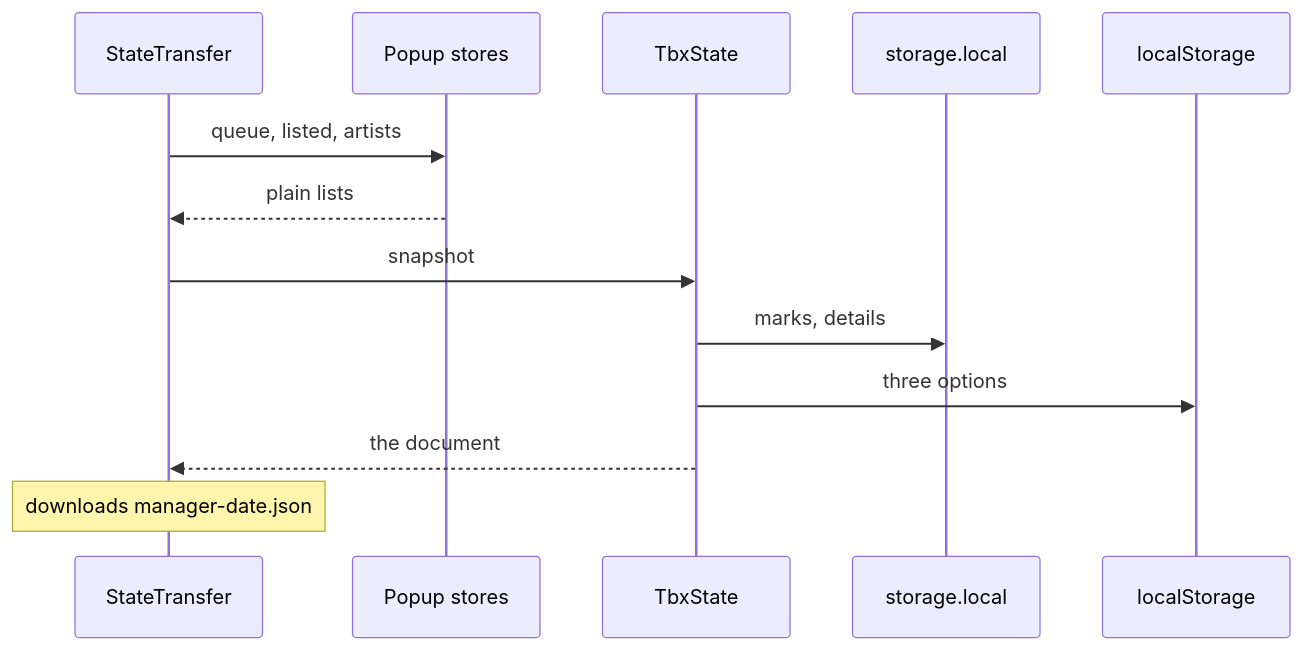
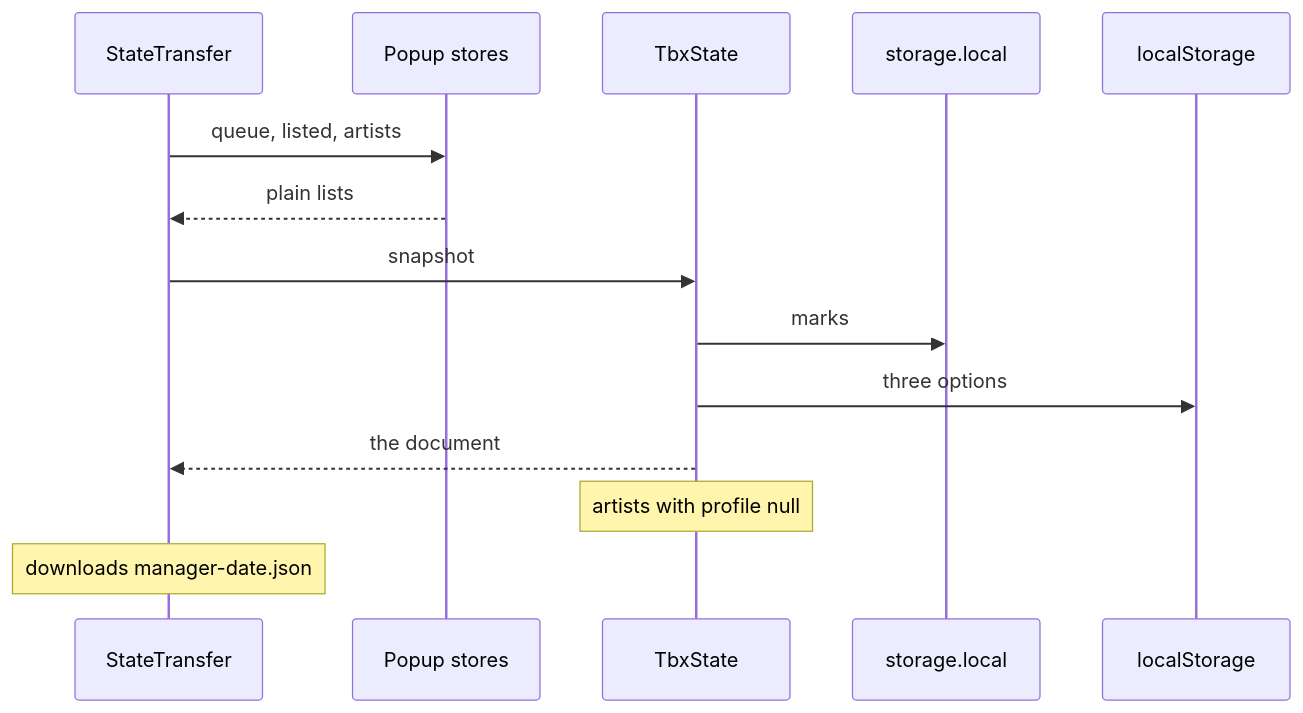
The seventh of 9 diagrams in apps/localtoolbox/docs/diagrams/state.md (cutenode/localnetwork), drawn with Mermaid before and after one commit. The commit also changed other lines of this file and 65 other files, not shown here.

````diff
--- a/apps/localtoolbox/docs/diagrams/state.md
+++ b/apps/localtoolbox/docs/diagrams/state.md
@@ -206,15 +209,16 @@
 ```mermaid
 sequenceDiagram
   participant T as StateTransfer
   participant O as Popup stores
   participant S as TbxState
   participant B as storage.local
   participant L as localStorage
   T->>O: queue, listed, artists
   O-->>T: plain lists
   T->>S: snapshot
-  S->>B: marks, details
+  S->>B: marks
   S->>L: three options
   S-->>T: the document
+  Note over S: artists with profile null
   Note over T: downloads manager-date.json
 ```
````
